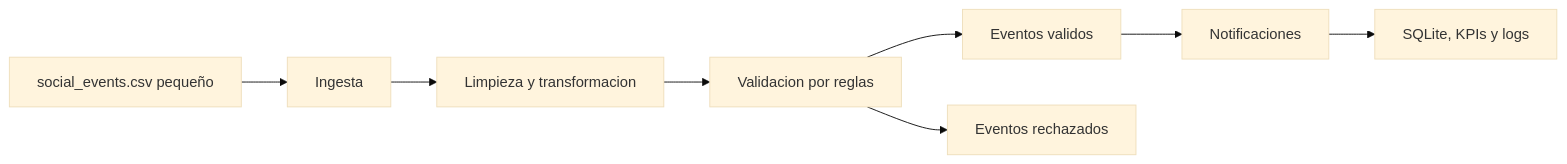
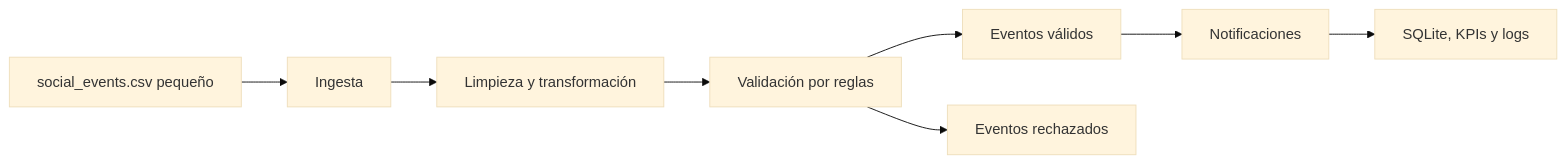
The first of 2 diagrams in README.md (vicentehueichapan/ProyecGEIA), drawn with Mermaid (base theme) before and after one commit. The commit also changed other lines of this file, not shown here.

````diff
--- a/README.md
+++ b/README.md
@@ -95,10 +95,10 @@
 ```mermaid
 flowchart LR
     A["social_events.csv pequeño"] --> B["Ingesta"]
-    B --> C["Limpieza y transformacion"]
-    C --> D["Validacion por reglas"]
-    D --> E["Eventos validos"]
+    B --> C["Limpieza y transformación"]
+    C --> D["Validación por reglas"]
+    D --> E["Eventos válidos"]
     D --> F["Eventos rechazados"]
     E --> G["Notificaciones"]
     G --> H["SQLite, KPIs y logs"]
 ```
````
